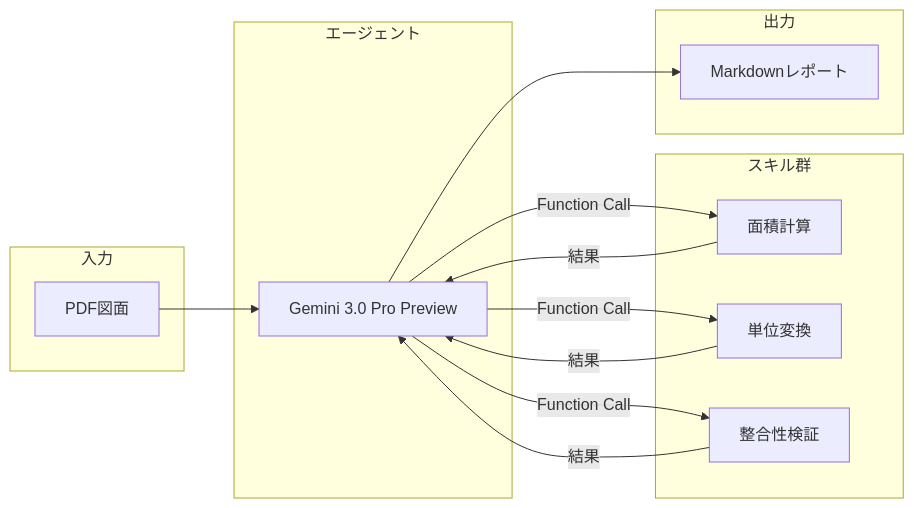
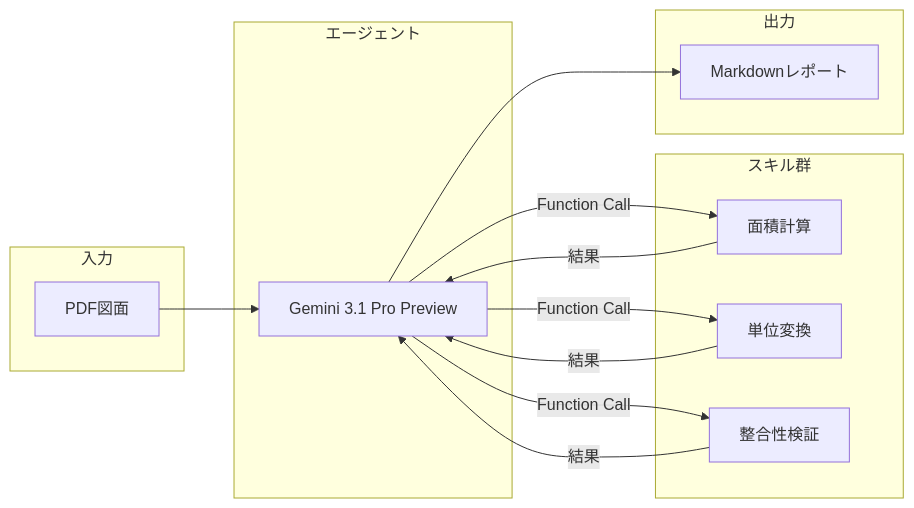
The diagram in docs/plan2table.md (hayashi-antas/plan2table), drawn with Mermaid before and after one commit. The commit also changed other lines of this file and 1 other file, not shown here.

First line of the commit message:
docs: Gemini 3.0 Pro Preview → 3.1 Pro Preview in UI and docs

````diff
--- a/docs/plan2table.md
+++ b/docs/plan2table.md
@@ -26,29 +26,29 @@
 ```mermaid
 flowchart LR
     subgraph input [入力]
         PDF[PDF図面]
     end
     
     subgraph agent [エージェント]
-        Gemini[Gemini 3.0 Pro Preview]
+        Gemini[Gemini 3.1 Pro Preview]
     end
     
     subgraph skills [スキル群]
         Calc[面積計算]
         Convert[単位変換]
         Validate[整合性検証]
     end
     
     subgraph output [出力]
         Report[Markdownレポート]
     end
     
     PDF --> Gemini
     Gemini -->|Function Call| Calc
     Gemini -->|Function Call| Convert
     Gemini -->|Function Call| Validate
     Calc -->|結果| Gemini
     Convert -->|結果| Gemini
     Validate -->|結果| Gemini
     Gemini --> Report
 ```
````
